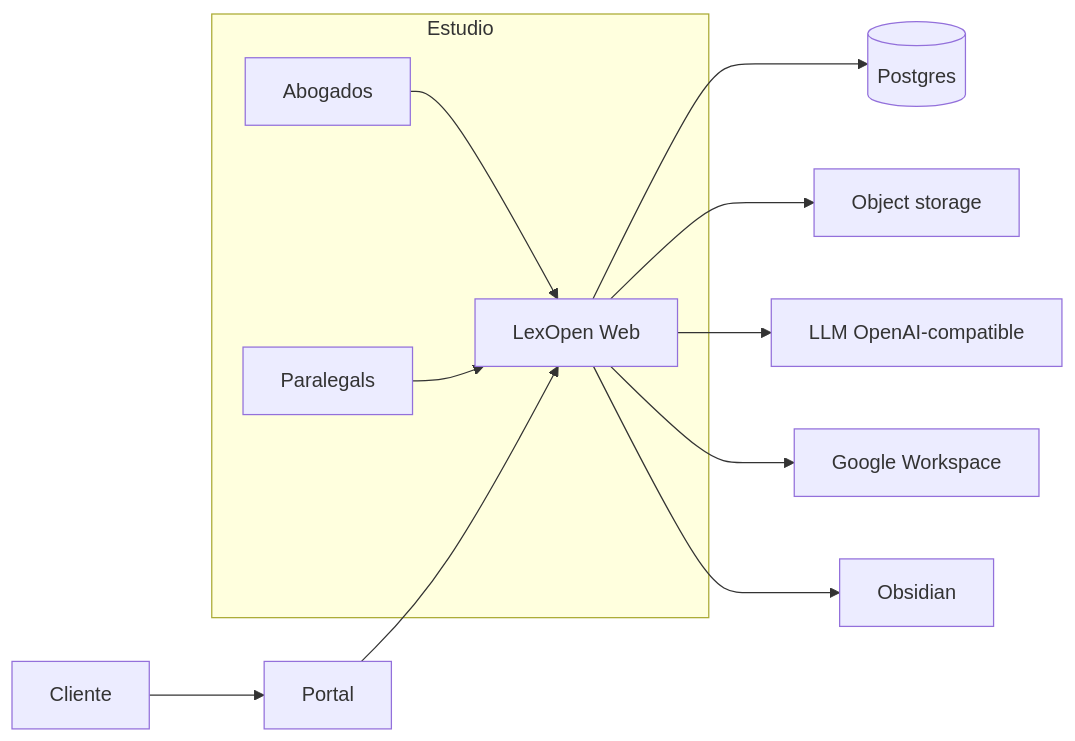
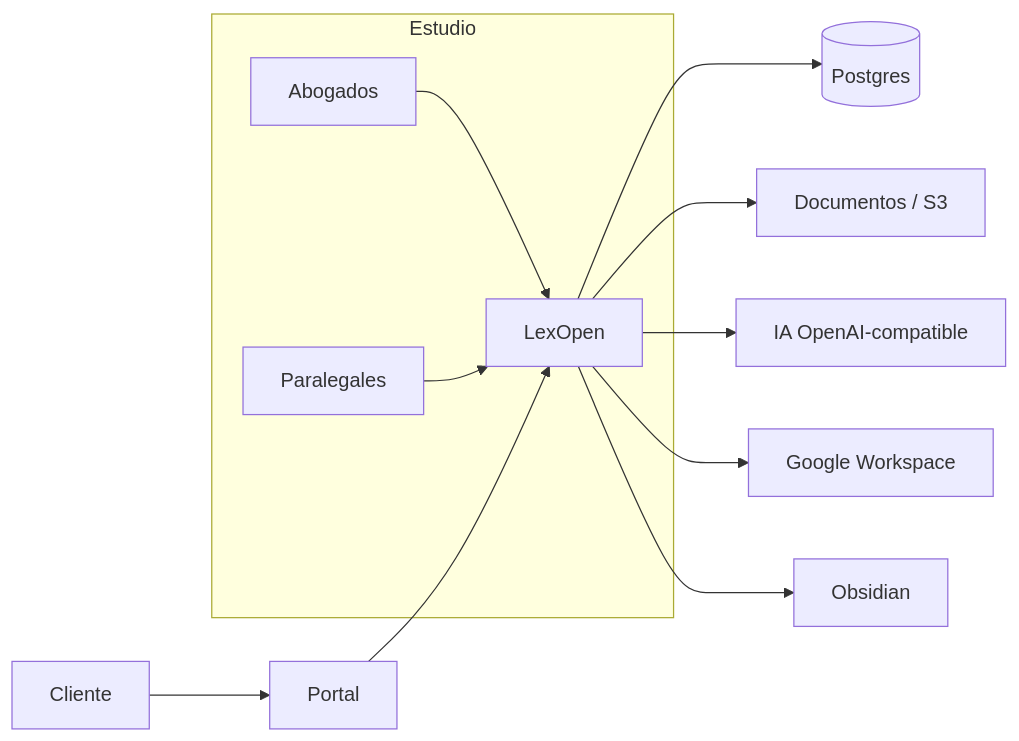
Before and after one commit to gabrielperezibacache/lexopen: the diagram in README.md, drawn with Mermaid. The commit also changed other lines of this file and 3 other files, not shown here.

````diff
--- a/README.md
+++ b/README.md
@@ -56,14 +54,14 @@
 ```mermaid
 flowchart LR
   subgraph Estudio
-    A[Abogados] --> B[LexOpen Web]
-    C[Paralegals] --> B
+    A[Abogados] --> B[LexOpen]
+    C[Paralegales] --> B
   end
   B --> D[(Postgres)]
-  B --> E[Object storage]
-  B --> F[LLM OpenAI-compatible]
+  B --> E[Documentos / S3]
+  B --> F[IA OpenAI-compatible]
   B --> G[Google Workspace]
   B --> H[Obsidian]
   I[Cliente] --> J[Portal]
   J --> B
 ```
````
